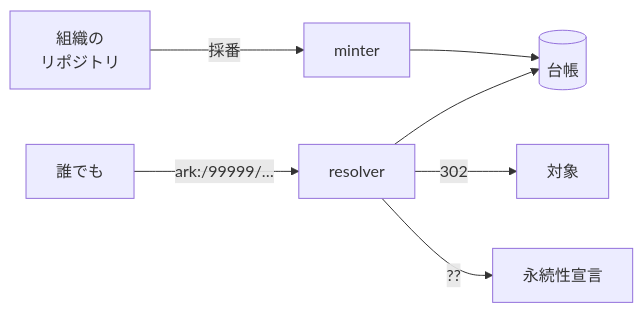
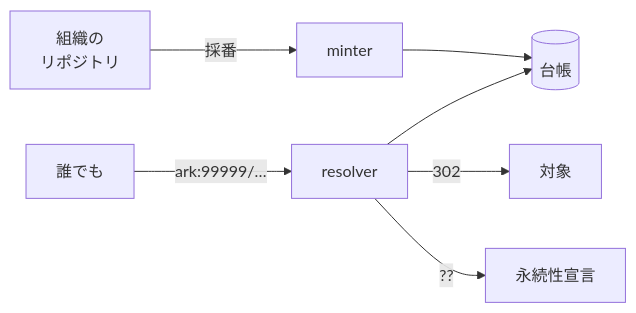
Before and after one commit to RCOSDP/arkhe: the diagram in docs/index.ja.md, drawn with Mermaid. The commit also changed 75 other files, not shown here.

````diff
--- a/docs/index.ja.md
+++ b/docs/index.ja.md
@@ -5,9 +5,9 @@
 ```mermaid
 flowchart LR
     R["組織の<br/>リポジトリ"] -->|採番| M[minter]
-    U[誰でも] -->|ark:/99999/…| S[resolver]
+    U[誰でも] -->|ark:99999/…| S[resolver]
     M --> D[(台帳)]
     S --> D
     S -->|302| T[対象]
     S -->|"?? "| P[永続性宣言]
 ```
````
